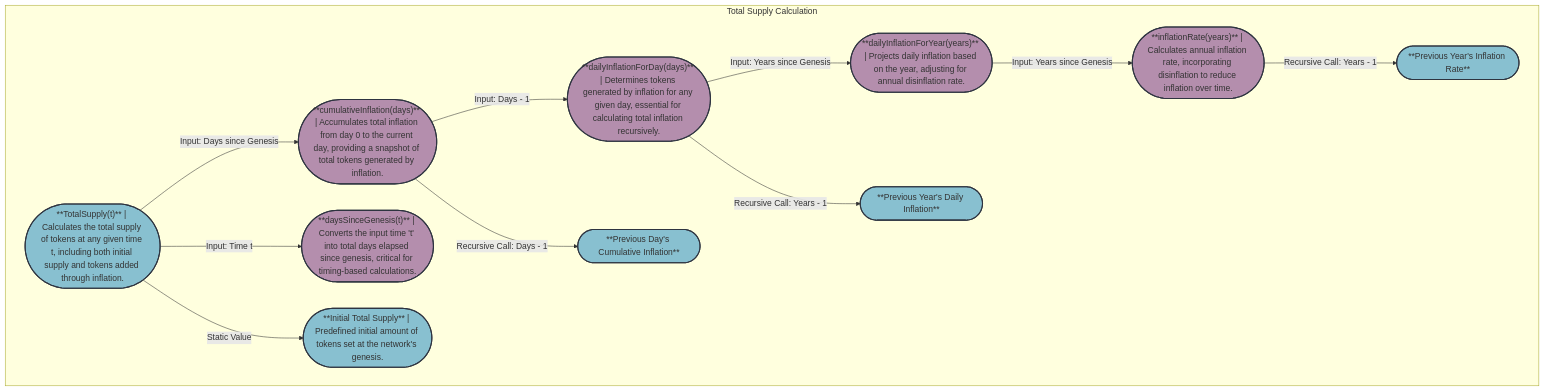
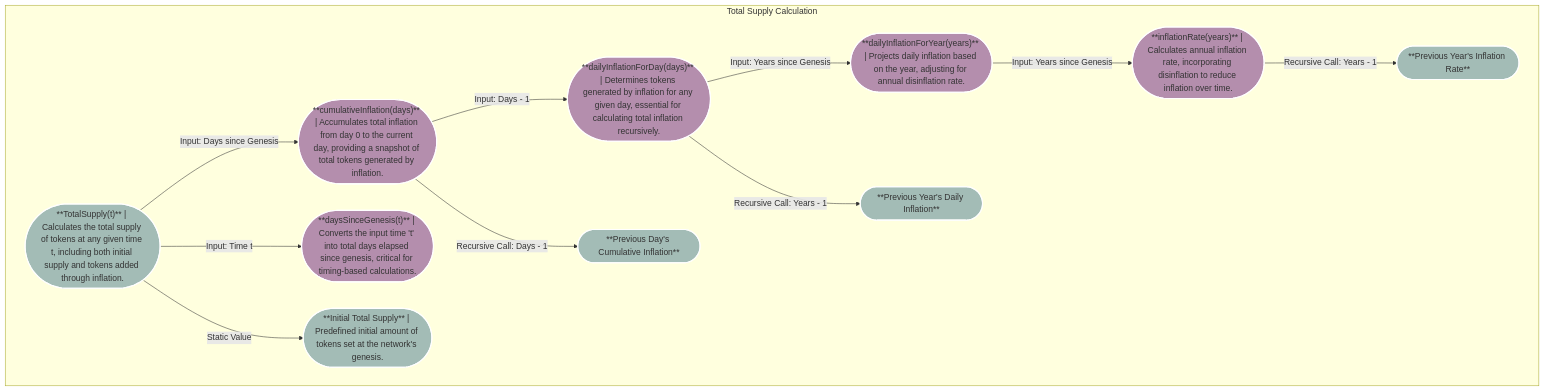
The second of 2 diagrams in DIAGRAM.md (celestiaorg/supply), drawn with Mermaid before and after one commit. The commit also changed other lines of this file, not shown here.

Commit message:
add dataflow diagram

````diff
--- a/DIAGRAM.md
+++ b/DIAGRAM.md
@@ -30,20 +30,20 @@
 ```mermaid
 graph TB
     subgraph "Total Supply Calculation"
-        style TotalSupply fill:#88c0d0, stroke:#2e3440, stroke-width:2px, shape:rect
+        style TotalSupply fill:#a3bcb6, stroke:#ffffff, stroke-width:2px, shape:rect
         TotalSupply(["**TotalSupply(t)** | Calculates the total supply of tokens at any given time t, including both initial supply and tokens added through inflation."]):::sameColor
         -->|"Input: Days since Genesis"| cumulativeInflation(["**cumulativeInflation(days)** | Accumulates total inflation from day 0 to the current day, providing a snapshot of total tokens generated by inflation."]):::inputColor
         TotalSupply -->|"Input: Time t"| daysSinceGenesis(["**daysSinceGenesis(t)** | Converts the input time 't' into total days elapsed since genesis, critical for timing-based calculations."]):::inputColor
         cumulativeInflation -->|"Input: Days - 1"| dailyInflationForDay(["**dailyInflationForDay(days)** | Determines tokens generated by inflation for any given day, essential for calculating total inflation recursively."]):::inputColor
         dailyInflationForDay -->|"Input: Years since Genesis"| dailyInflationForYear(["**dailyInflationForYear(years)** | Projects daily inflation based on the year, adjusting for annual disinflation rate."]):::inputColor
         dailyInflationForYear -->|"Input: Years since Genesis"| inflationRate(["**inflationRate(years)** | Calculates annual inflation rate, incorporating disinflation to reduce inflation over time."]):::inputColor
         cumulativeInflation -->|"Recursive Call: Days - 1"| cumulativeInflation1(["**Previous Day's Cumulative Inflation**"]):::sameColor
         dailyInflationForDay -->|"Recursive Call: Years - 1"| dailyInflationForYear1(["**Previous Year's Daily Inflation**"]):::sameColor
         inflationRate -->|"Recursive Call: Years - 1"| inflationRate1(["**Previous Year's Inflation Rate**"]):::sameColor
         TotalSupply -->|"Static Value"| initialTotalSupply(["**Initial Total Supply** | Predefined initial amount of tokens set at the network's genesis."]):::sameColor
     end
-    classDef sameColor fill:#88c0d0,stroke:#2e3440,stroke-width:2px, shape:rect;
-    classDef inputColor fill:#b48ead,stroke:#2e3440,stroke-width:2px, shape:rect;
-    classDef eventColor fill:#ebcb8b,stroke:#2e3440,stroke-width:2px, shape:rect;
+    classDef sameColor fill:#a3bcb6,stroke:#ffffff,stroke-width:2px, shape:rect;
+    classDef inputColor fill:#b48ead,stroke:#ffffff,stroke-width:2px, shape:rect;
+    classDef eventColor fill:#ebcb8b,stroke:#ffffff,stroke-width:2px, shape:rect;
 
 ```
````
